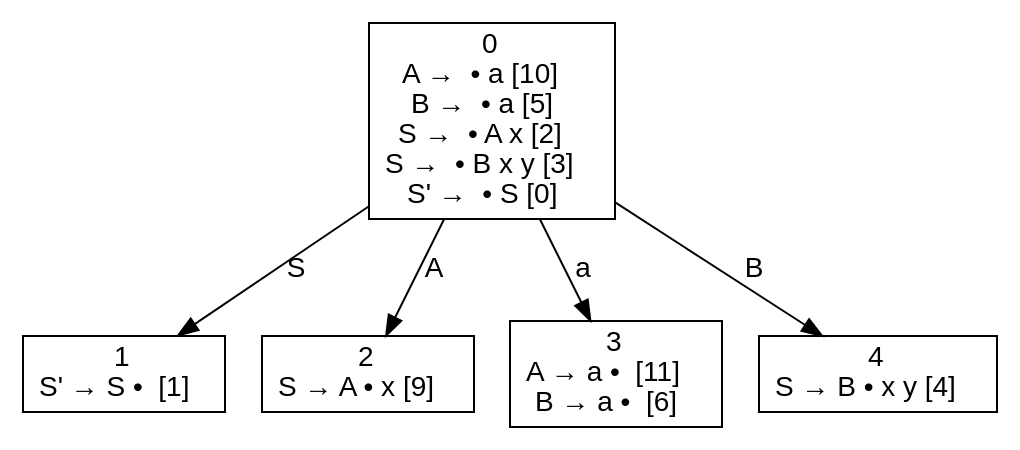
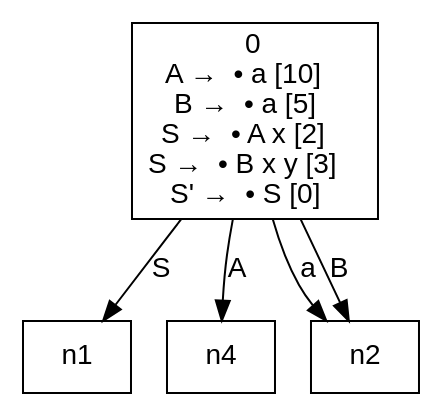
The diagram in PleaseWork/PleaseWork/rr.txt.dfa.dot (dragonsarebest/Compiler), drawn with Graphviz before and after one commit. The commit also changed 9 other files, not shown here.

```diff
--- a/PleaseWork/PleaseWork/rr.txt.dfa.dot
+++ b/PleaseWork/PleaseWork/rr.txt.dfa.dot
@@ -1,13 +1,9 @@
 digraph d{
 node [fontname=Helvetica,shape=box];
 edge [fontname=Helvetica];
 n0 [label=<0<br />A →  • a [10]<br />B →  • a [5]<br />S →  • A x [2]<br />S →  • B x y [3]<br />S' →  • S [0]>];
-n1 [label=<1<br />S' → S •  [1]>];
-n2 [label=<2<br />S → A • x [9]>];
-n3 [label=<3<br />A → a •  [11]<br />B → a •  [6]>];
-n4 [label=<4<br />S → B • x y [4]>];
 n0 -> n1 [label="S"];
-n0 -> n2 [label="A"];
-n0 -> n3 [label="a"];
-n0 -> n4 [label="B"];
+n0 -> n4 [label="A"];
+n0 -> n2 [label="a"];
+n0 -> n2 [label="B"];
 }
```
